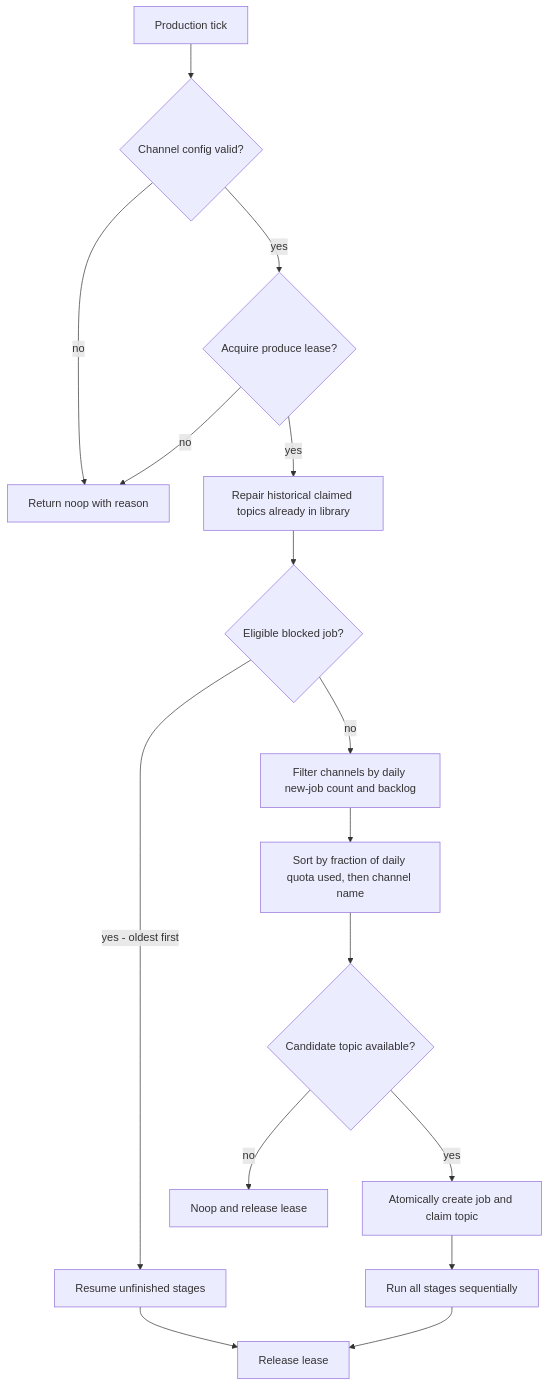
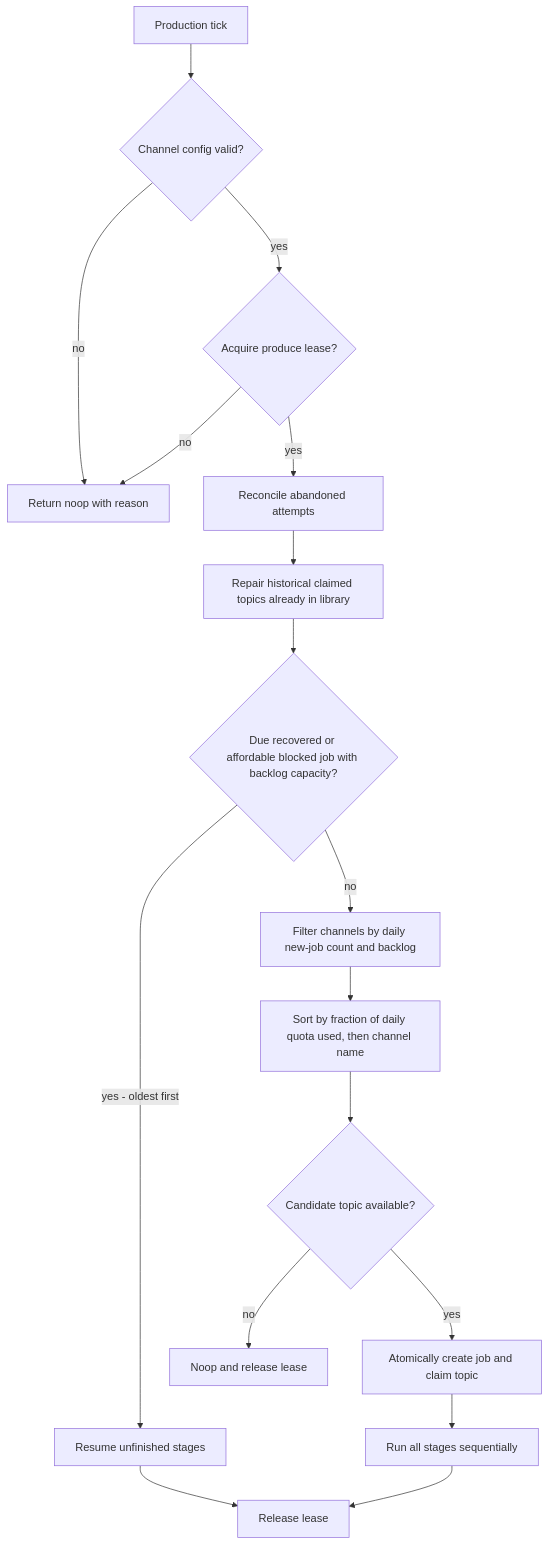
The third of 7 diagrams in docs/system-architecture.md (AlexMorrow239/contentd-system), drawn with Mermaid before and after one commit. The commit also changed other lines of this file and 64 other files, not shown here.

````diff
--- a/docs/system-architecture.md
+++ b/docs/system-architecture.md
@@ -109,18 +109,19 @@
 ```mermaid
 flowchart TD
   Tick[Production tick] --> Config{Channel config valid?}
   Config -->|no| Noop[Return noop with reason]
   Config -->|yes| Lease{Acquire produce lease?}
   Lease -->|no| Noop
-  Lease -->|yes| Repair[Repair historical claimed topics already in library]
-  Repair --> Resume{Eligible blocked job?}
+  Lease -->|yes| Reconcile[Reconcile abandoned attempts]
+  Reconcile --> Repair[Repair historical claimed topics already in library]
+  Repair --> Resume{Due recovered or affordable blocked job with backlog capacity?}
   Resume -->|yes - oldest first| Run[Resume unfinished stages]
   Resume -->|no| Channels[Filter channels by daily new-job count and backlog]
   Channels --> Fair[Sort by fraction of daily quota used, then channel name]
   Fair --> Topic{Candidate topic available?}
   Topic -->|no| NoopRelease[Noop and release lease]
   Topic -->|yes| Claim[Atomically create job and claim topic]
   Claim --> Execute[Run all stages sequentially]
   Run --> Release[Release lease]
   Execute --> Release
 ```
````
